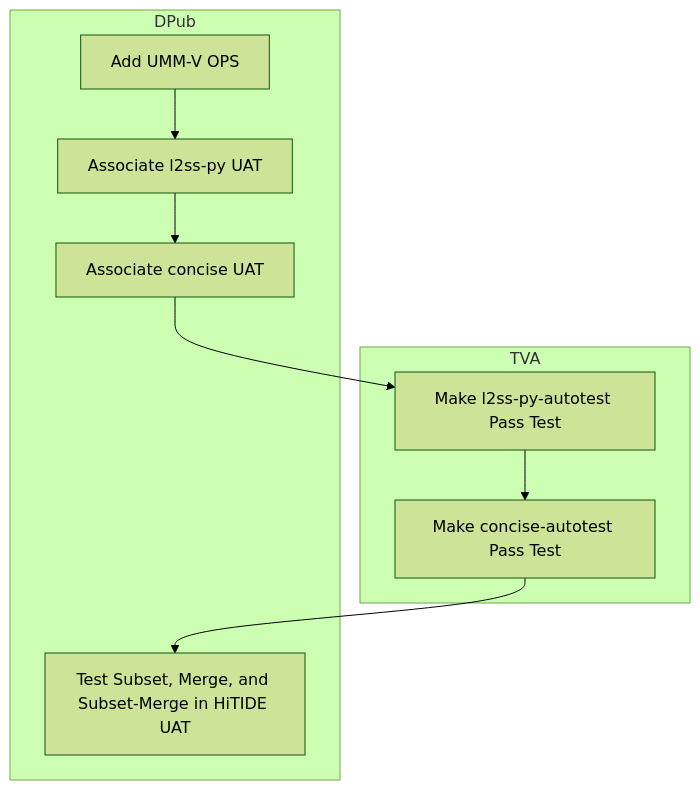
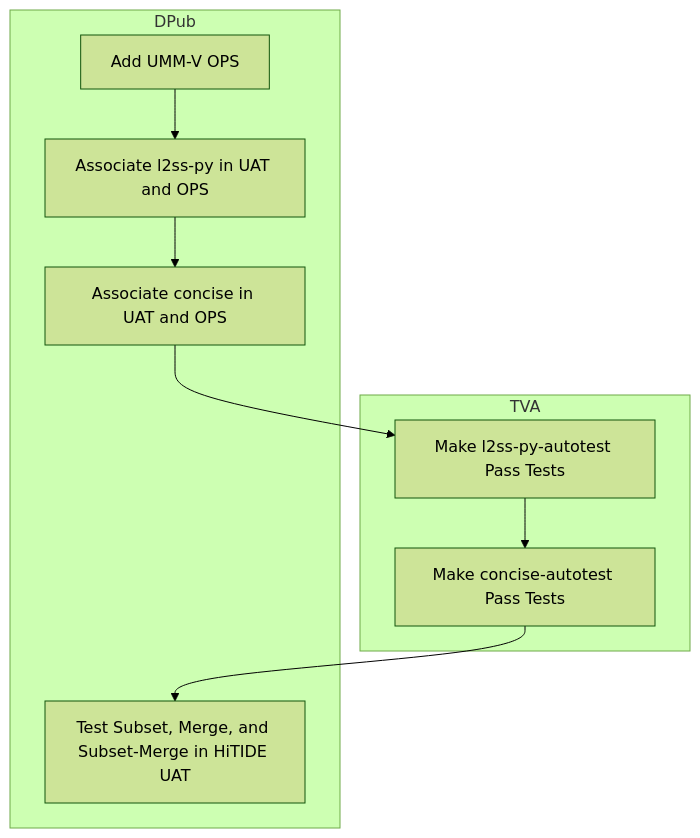
One commit to podaac/hitide changed the diagram in add-collection/enable-services.md. Above: the diagram before and after it, drawn with Mermaid (forest theme). The commit also changed 1 other file, not shown here.

````diff
--- a/add-collection/enable-services.md
+++ b/add-collection/enable-services.md
@@ -3,20 +3,20 @@
 ```mermaid
 flowchart TB
     subgraph TVA
-    h2[Make l2ss-py-autotest Pass Test]
-    h3[Make concise-autotest Pass Test]
+    h2[Make l2ss-py-autotest Pass Tests]
+    h3[Make concise-autotest Pass Tests]
     end
     subgraph DPub
     c1[Add UMM-V OPS]
-    c1-->c4[Associate l2ss-py UAT]
+    c1-->c4[Associate l2ss-py in UAT and OPS]
 
-    c4-->c5[Associate concise UAT]
+    c4-->c5[Associate concise in UAT and OPS]
     c5-->h2
     h2-->h3
   
     c7[Test Subset, Merge, and Subset-Merge in HiTIDE UAT]
 
     h3-->c7
     end
-    click h1 "https://github.com/podaac/hitide/blob/main/merge-pr.md" "Details" _blank
+
 ```
````
